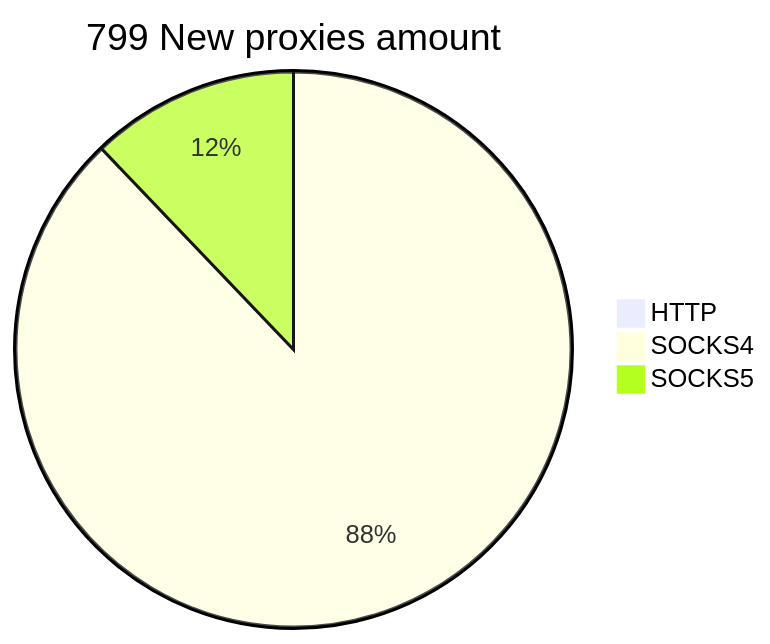
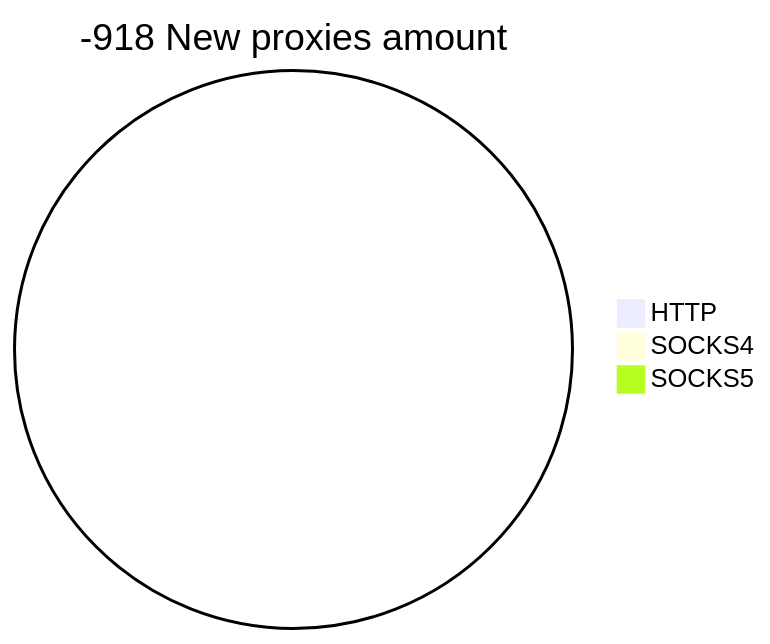
The second of 2 diagrams in README.md (cutipu/proxylist), drawn with Mermaid before and after one commit. The commit also changed other lines of this file, not shown here.

````diff
--- a/README.md
+++ b/README.md
@@ -10,6 +10,6 @@
 ```mermaid
-pie title 799 New proxies amount
+pie title -918 New proxies amount
     "HTTP" : 0
-    "SOCKS4" : 702
-    "SOCKS5" : 97
+    "SOCKS4" : 0
+    "SOCKS5" : 0
 ```
````
